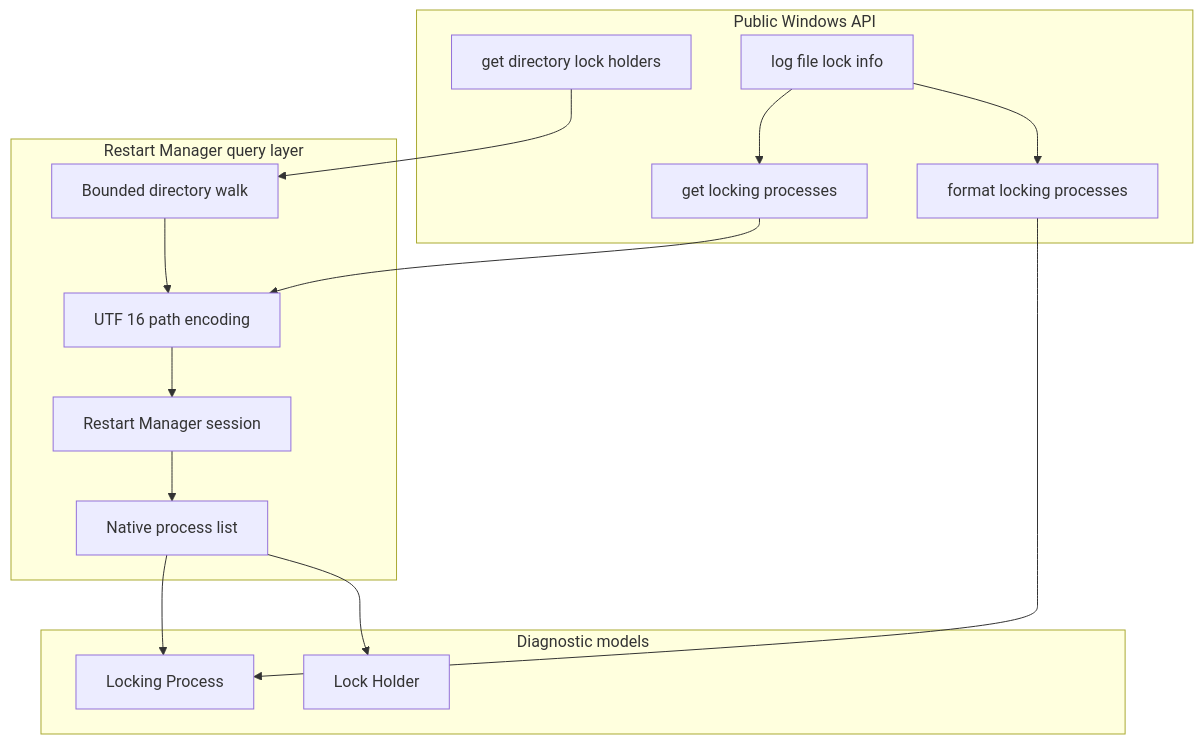
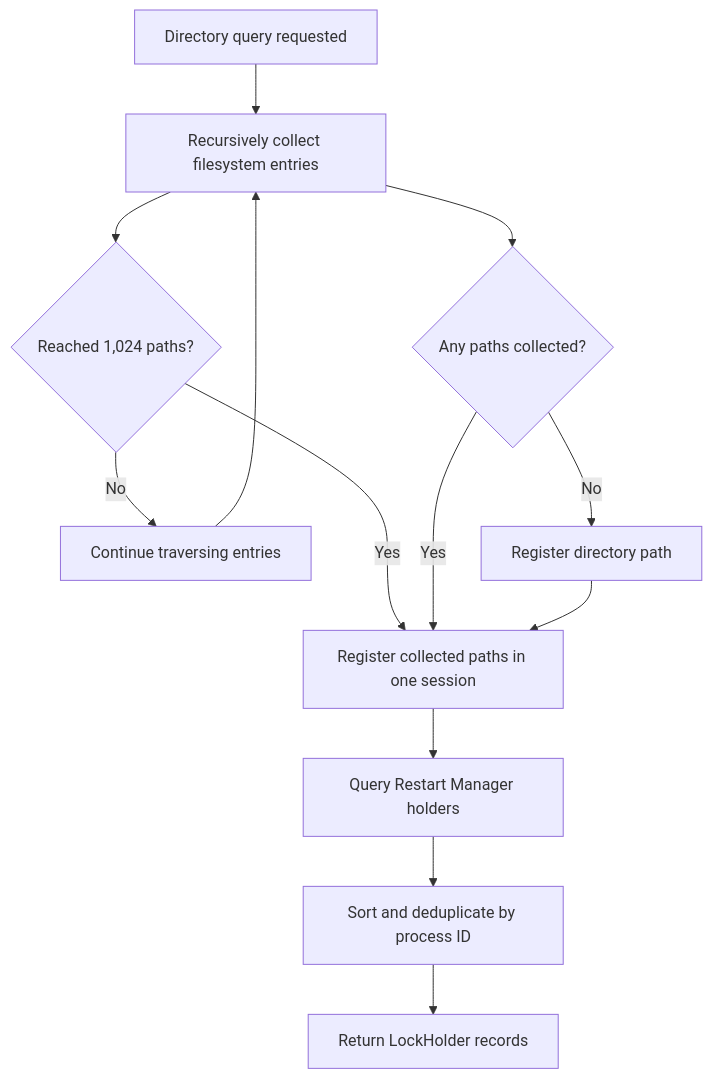
One commit to flamingo-stack/openframe-oss-tenant changed the third of 4 diagrams in docs/reference/architecture/openframe-client-core/platform-file-lock/platform-file-lock.md. Above: the diagram before and after it, drawn with Mermaid. The commit also changed other lines of this file and 2377 other files, not shown here.

````diff
--- a/docs/reference/architecture/openframe-client-core/platform-file-lock/platform-file-lock.md
+++ b/docs/reference/architecture/openframe-client-core/platform-file-lock/platform-file-lock.md
@@ -32,29 +100,15 @@
 ```mermaid
 flowchart TD
-    subgraph PublicApi["Public Windows API"]
-        FileQuery["get locking processes"]
-        DirectoryQuery["get directory lock holders"]
-        LockLogger["log file lock info"]
-        Formatter["format locking processes"]
-    end
-    subgraph QueryLayer["Restart Manager query layer"]
-        DirectoryWalk["Bounded directory walk"]
-        Encoding["UTF 16 path encoding"]
-        Session["Restart Manager session"]
-        NativeList["Native process list"]
-    end
-    subgraph Models["Diagnostic models"]
-        SimpleModel["Locking Process"]
-        RichModel["Lock Holder"]
-    end
-    FileQuery --> Encoding
-    DirectoryQuery --> DirectoryWalk
-    DirectoryWalk --> Encoding
-    Encoding --> Session
-    Session --> NativeList
-    NativeList --> SimpleModel
-    NativeList --> RichModel
-    LockLogger --> FileQuery
-    LockLogger --> Formatter
-    Formatter --> SimpleModel
+    Start["Directory query requested"] --> Collect["Recursively collect filesystem entries"]
+    Collect --> Limit{"Reached 1,024 paths?"}
+    Limit -->|"No"| More["Continue traversing entries"]
+    More --> Collect
+    Limit -->|"Yes"| Query["Register collected paths in one session"]
+    Collect --> Empty{"Any paths collected?"}
+    Empty -->|"Yes"| Query
+    Empty -->|"No"| Directory["Register directory path"]
+    Directory --> Query
+    Query --> Holders["Query Restart Manager holders"]
+    Holders --> Dedupe["Sort and deduplicate by process ID"]
+    Dedupe --> Result["Return LockHolder records"]
 ```
````
